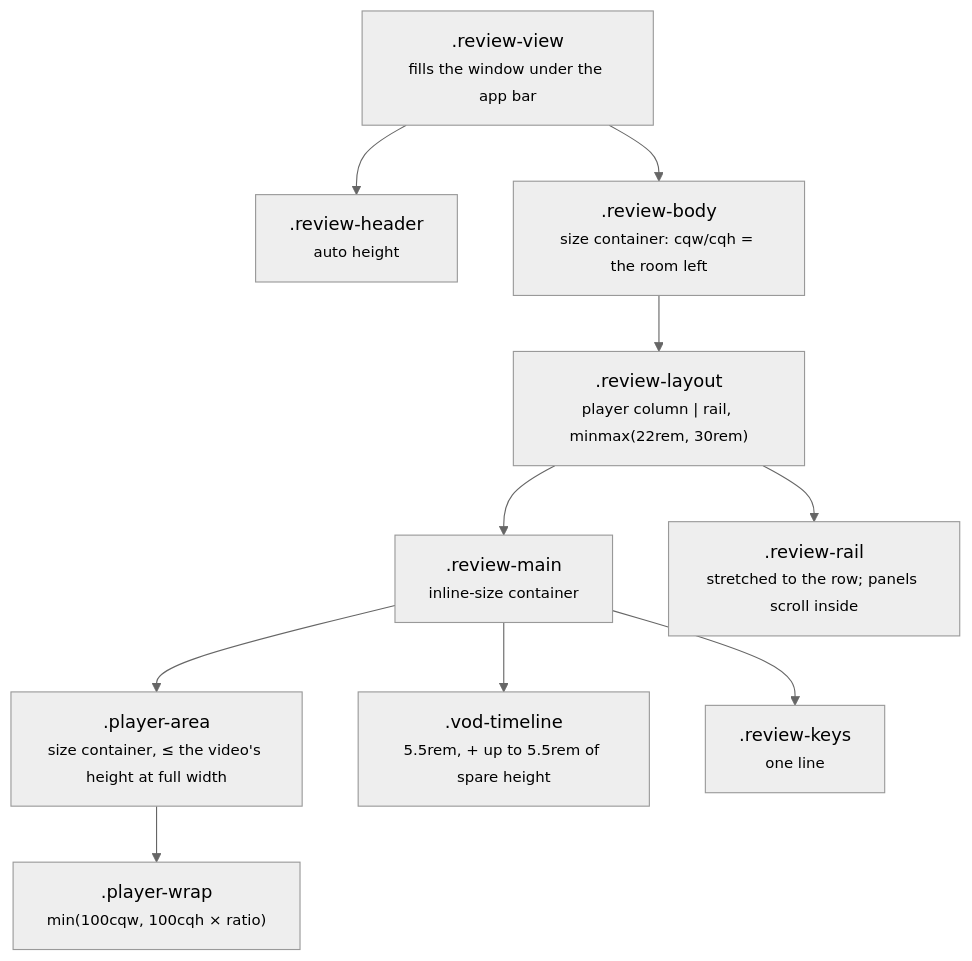
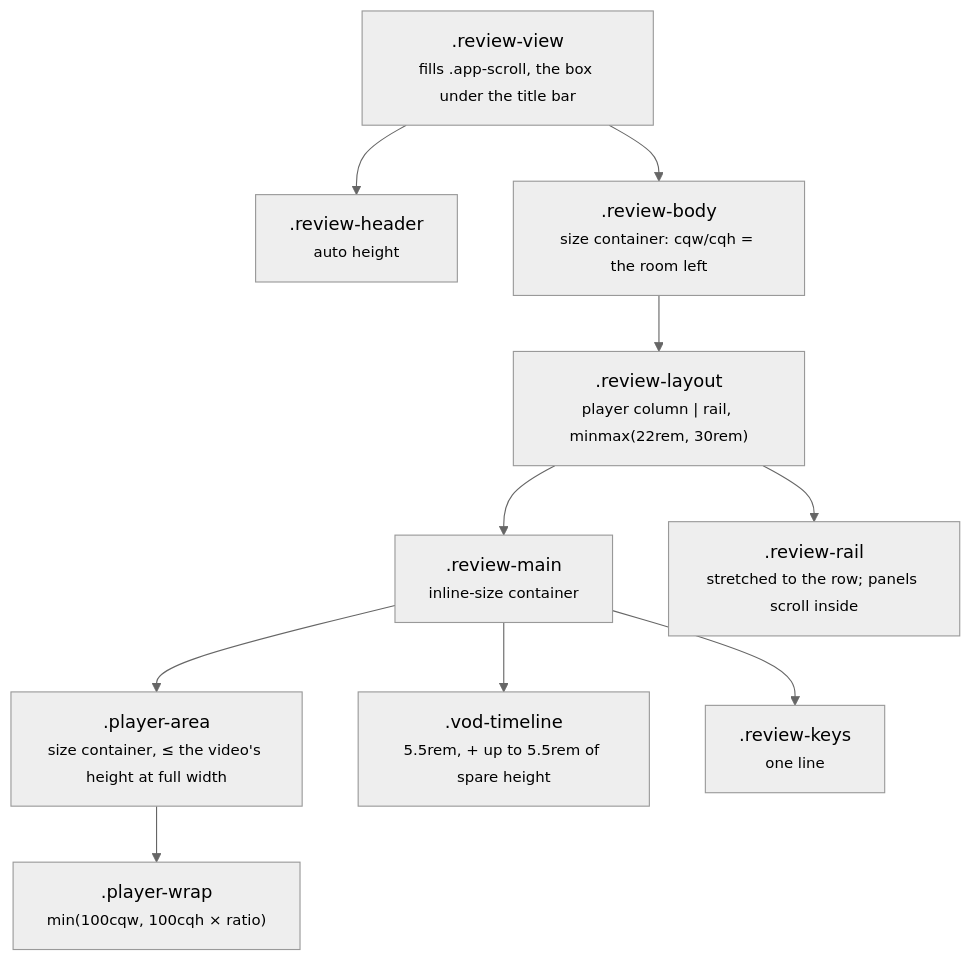
Before and after one commit to NinjaGoldfinch/ninja-recorder: the fourth of 7 diagrams in docs/frontend.md, drawn with Mermaid (neutral theme). The commit also changed other lines of this file and 28 other files, not shown here.

````diff
--- a/docs/frontend.md
+++ b/docs/frontend.md
@@ -690,12 +701,12 @@
 ```mermaid
 flowchart TB
-    VIEW[".review-view<br/><small>fills the window under the app bar</small>"] --> HEAD[".review-header<br/><small>auto height</small>"]
+    VIEW[".review-view<br/><small>fills .app-scroll, the box under the title bar</small>"] --> HEAD[".review-header<br/><small>auto height</small>"]
     VIEW --> BODY[".review-body<br/><small>size container: cqw/cqh = the room left</small>"]
     BODY --> GRID[".review-layout<br/><small>player column | rail, minmax(22rem, 30rem)</small>"]
     GRID --> MAIN[".review-main<br/><small>inline-size container</small>"]
     GRID --> RAIL[".review-rail<br/><small>stretched to the row; panels scroll inside</small>"]
     MAIN --> AREA[".player-area<br/><small>size container, ≤ the video's height at full width</small>"]
     MAIN --> TL[".vod-timeline<br/><small>5.5rem, + up to 5.5rem of spare height</small>"]
     MAIN --> KEYS[".review-keys<br/><small>one line</small>"]
     AREA --> PLAYER[".player-wrap<br/><small>min(100cqw, 100cqh × ratio)</small>"]
 ```
````
